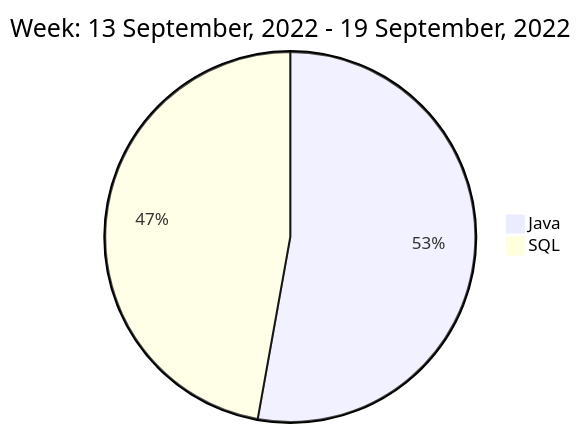
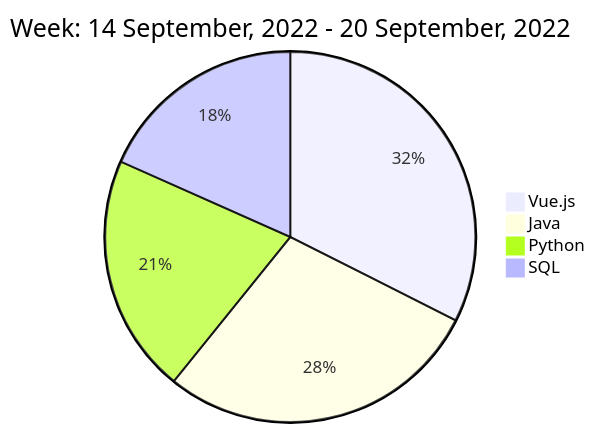
Before and after one commit to liubin95/liubin95: the diagram in README.md, drawn with Mermaid.

Commit message:
Updated the Graph with new Metrics

````diff
--- a/README.md
+++ b/README.md
@@ -40,6 +40,8 @@
 ```mermaid
  pie
-title Week: 13 September, 2022 - 19 September, 2022
- "Java" : 1.03
- "SQL" : 0.92
+title Week: 14 September, 2022 - 20 September, 2022
+ "Vue.js" : 1.68
+ "Java" : 1.47
+ "Python" : 1.08
+ "SQL" : 0.95
 ```
````
